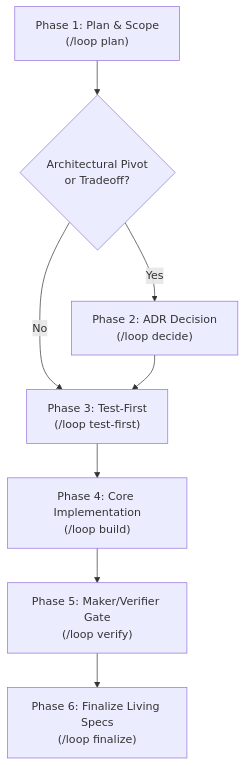
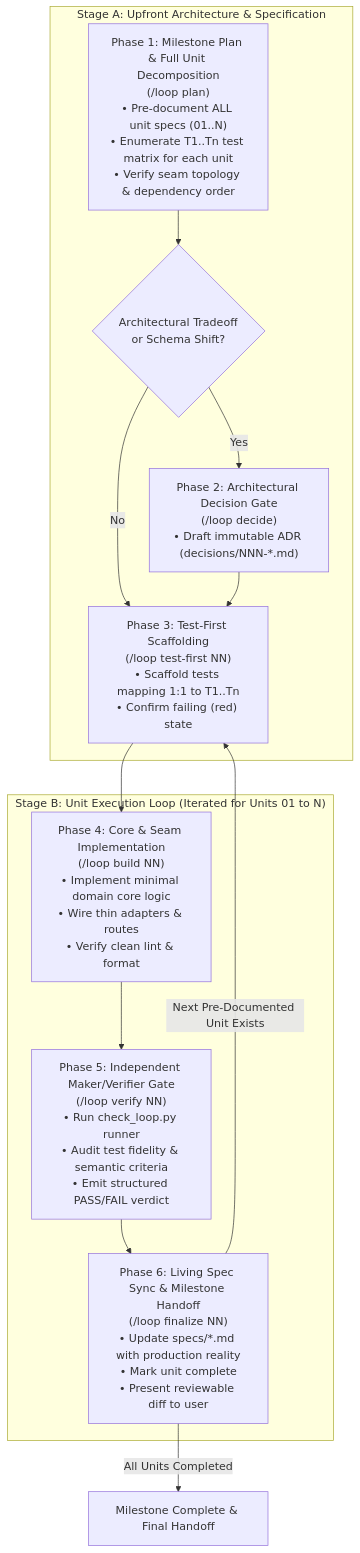
One commit to yoyothesheep/claude-skills changed the diagram in loop-engineering/SKILL.md. Above: the diagram before and after it, drawn with Mermaid. The commit also changed other lines of this file and 1 other file, not shown here.

Commit message:
feat(loop-engineering): mandate upfront unit pre-documentation and streamline flow

````diff
--- a/loop-engineering/SKILL.md
+++ b/loop-engineering/SKILL.md
@@ -43,17 +43,46 @@
 ```mermaid
 flowchart TD
-    P1["Phase 1: Plan & Scope
-(/loop plan)"] --> P2{"Architectural Pivot
-or Tradeoff?"}
-    P2 -- Yes --> P3["Phase 2: ADR Decision
-(/loop decide)"]
-    P2 -- No --> P4["Phase 3: Test-First
-(/loop test-first)"]
-    P3 --> P4
-    P4 --> P5["Phase 4: Core Implementation
-(/loop build)"]
-    P5 --> P6["Phase 5: Maker/Verifier Gate
-(/loop verify)"]
-    P6 --> P7["Phase 6: Finalize Living Specs
-(/loop finalize)"]
+    subgraph StageA["Stage A: Upfront Architecture & Specification"]
+        P1["Phase 1: Milestone Plan & Full Unit Decomposition
+(/loop plan)
+• Pre-document ALL unit specs (01..N)
+• Enumerate T1..Tn test matrix for each unit
+• Verify seam topology & dependency order"]
+        P2{"Architectural Tradeoff
+or Schema Shift?"}
+        P3["Phase 2: Architectural Decision Gate
+(/loop decide)
+• Draft immutable ADR (decisions/NNN-*.md)"]
+        P1 --> P2
+        P2 -- Yes --> P3
+        P2 -- No --> P4
+        P3 --> P4
+    end
+
+    subgraph StageB["Stage B: Unit Execution Loop (Iterated for Units 01 to N)"]
+        P4["Phase 3: Test-First Scaffolding
+(/loop test-first NN)
+• Scaffold tests mapping 1:1 to T1..Tn
+• Confirm failing (red) state"]
+        P5["Phase 4: Core & Seam Implementation
+(/loop build NN)
+• Implement minimal domain core logic
+• Wire thin adapters & routes
+• Verify clean lint & format"]
+        P6["Phase 5: Independent Maker/Verifier Gate
+(/loop verify NN)
+• Run check_loop.py runner
+• Audit test fidelity & semantic criteria
+• Emit structured PASS/FAIL verdict"]
+        P7["Phase 6: Living Spec Sync & Milestone Handoff
+(/loop finalize NN)
+• Update specs/*.md with production reality
+• Mark unit complete
+• Present reviewable diff to user"]
+
+        P4 --> P5 --> P6 --> P7
+    end
+
+    P7 -->|Next Pre-Documented Unit Exists| P4
+    P7 -->|All Units Completed| Done["Milestone Complete & Final Handoff"]
 ```
````
